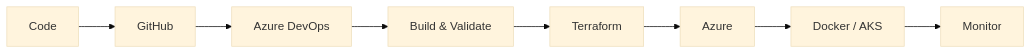
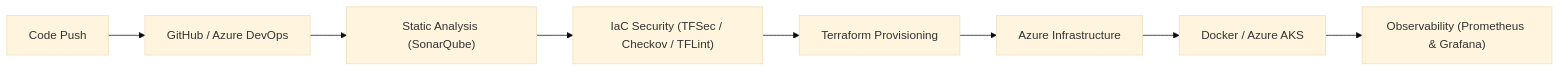
One commit to Pjaisw1103/Pjaisw1103 changed the diagram in README.md. Above: the diagram before and after it, drawn with Mermaid (base theme). The commit also changed other lines of this file, not shown here.

````diff
--- a/README.md
+++ b/README.md
@@ -74,10 +88,10 @@
 ```mermaid
 flowchart LR
-    A["Code"] --> B["GitHub"]
-    B --> C["Azure DevOps"]
-    C --> D["Build & Validate"]
-    D --> E["Terraform"]
-    E --> F["Azure"]
-    F --> G["Docker / AKS"]
-    G --> H["Monitor"]
+    A["Code Push"] --> B["GitHub / Azure DevOps"]
+    B --> C["Static Analysis (SonarQube)"]
+    C --> D["IaC Security (TFSec / Checkov / TFLint)"]
+    D --> E["Terraform Provisioning"]
+    E --> F["Azure Infrastructure"]
+    F --> G["Docker / Azure AKS"]
+    G --> H["Observability (Prometheus & Grafana)"]
 ```
````
